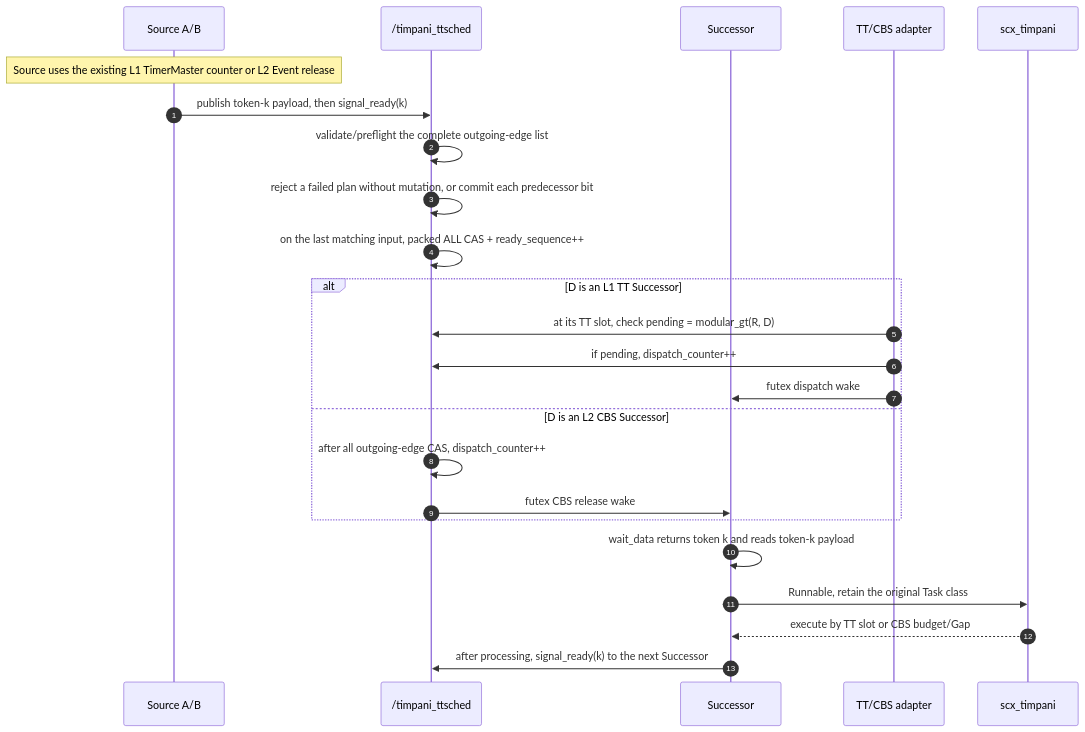
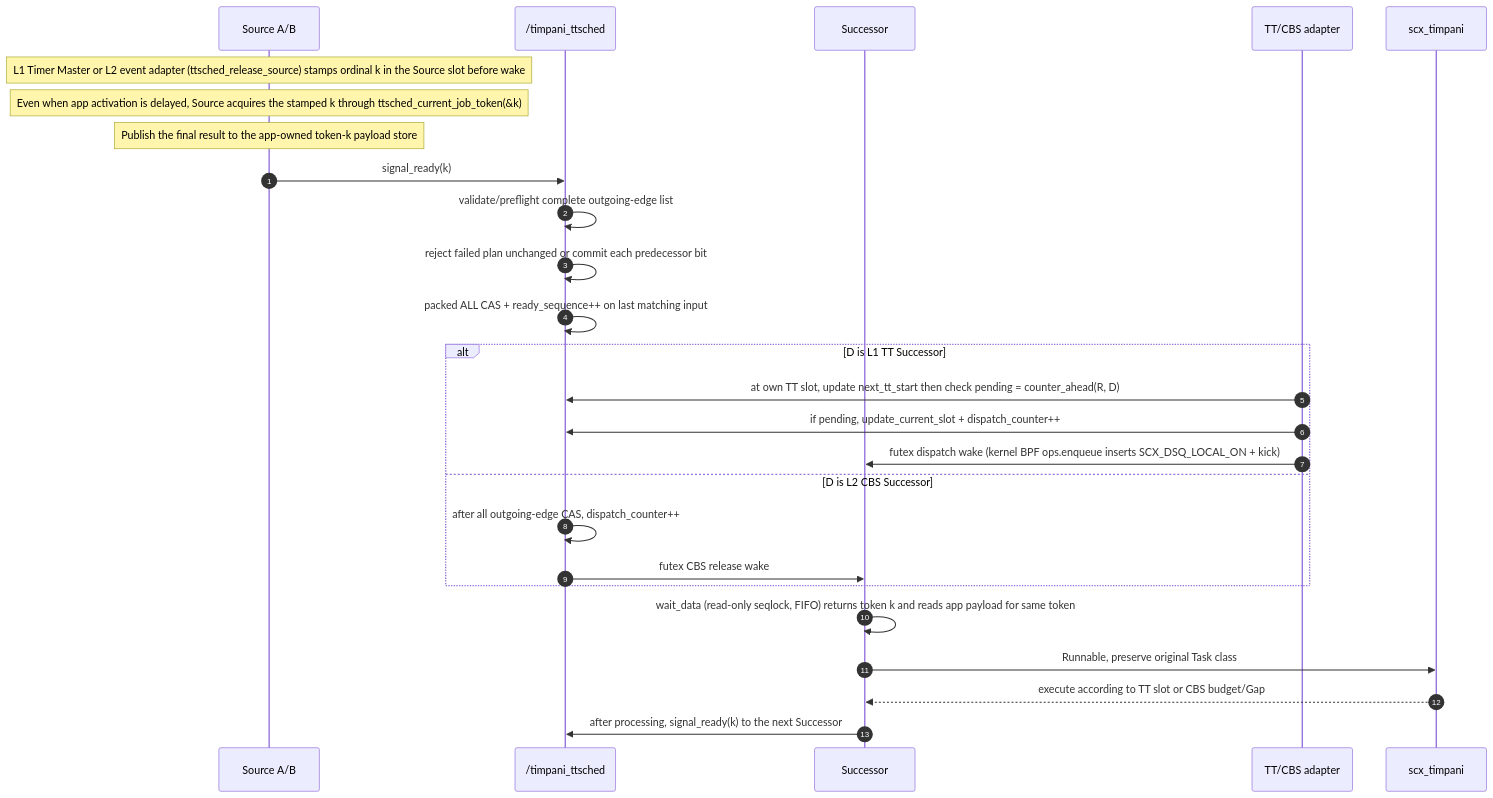
Before and after one commit to akshayg0314/timpani26: the third of 4 diagrams in doc/design/HLD-009-data-driven-workload.md, drawn with Mermaid. The commit also changed other lines of this file and 11 other files, not shown here.

````diff
--- a/doc/design/HLD-009-data-driven-workload.md
+++ b/doc/design/HLD-009-data-driven-workload.md
@@ -115,27 +121,29 @@
 ```mermaid
 sequenceDiagram
     autonumber
     participant P as Source A/B
     participant SHM as /timpani_ttsched
     participant D as Successor
     participant A as TT/CBS adapter
     participant BPF as scx_timpani
 
-    Note over P: Source uses the existing L1 TimerMaster counter or L2 Event release
-    P->>SHM: publish token-k payload, then signal_ready(k)
-    SHM->>SHM: validate/preflight the complete outgoing-edge list
-    SHM->>SHM: reject a failed plan without mutation, or commit each predecessor bit
-    SHM->>SHM: on the last matching input, packed ALL CAS + ready_sequence++
-    alt D is an L1 TT Successor
-        A->>SHM: at its TT slot, check pending = modular_gt(R, D)
-        A->>SHM: if pending, dispatch_counter++
-        A->>D: futex dispatch wake
-    else D is an L2 CBS Successor
+    Note over P: L1 Timer Master or L2 event adapter (ttsched_release_source) stamps ordinal k in the Source slot before wake
+    Note over P: Even when app activation is delayed, Source acquires the stamped k through ttsched_current_job_token(&k)
+    Note over P: Publish the final result to the app-owned token-k payload store
+    P->>SHM: signal_ready(k)
+    SHM->>SHM: validate/preflight complete outgoing-edge list
+    SHM->>SHM: reject failed plan unchanged or commit each predecessor bit
+    SHM->>SHM: packed ALL CAS + ready_sequence++ on last matching input
+    alt D is L1 TT Successor
+        A->>SHM: at own TT slot, update next_tt_start then check pending = counter_ahead(R, D)
+        A->>SHM: if pending, update_current_slot + dispatch_counter++
+        A->>D: futex dispatch wake (kernel BPF ops.enqueue inserts SCX_DSQ_LOCAL_ON + kick)
+    else D is L2 CBS Successor
         SHM->>SHM: after all outgoing-edge CAS, dispatch_counter++
         SHM->>D: futex CBS release wake
     end
-    D->>D: wait_data returns token k and reads token-k payload
-    D->>BPF: Runnable, retain the original Task class
-    BPF-->>D: execute by TT slot or CBS budget/Gap
+    D->>D: wait_data (read-only seqlock, FIFO) returns token k and reads app payload for same token
+    D->>BPF: Runnable, preserve original Task class
+    BPF-->>D: execute according to TT slot or CBS budget/Gap
     D->>SHM: after processing, signal_ready(k) to the next Successor
 ```
````
